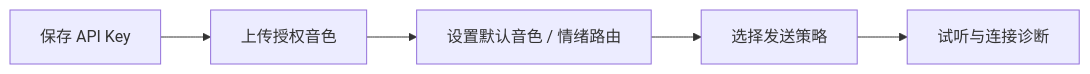
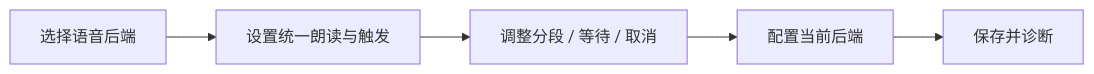
The diagram in README.md (qsbb/astrbot_plugin_voice_hub), drawn with Mermaid before and after one commit. The commit also changed other lines of this file and 11 other files, not shown here.

````diff
--- a/README.md
+++ b/README.md
@@ -84,7 +85,7 @@
 ```mermaid
 flowchart LR
-  A["保存 API Key"] --> B["上传授权音色"]
-  B --> C["设置默认音色 / 情绪路由"]
-  C --> D["选择发送策略"]
-  D --> E["试听与连接诊断"]
+  A["选择语音后端"] --> B["设置统一朗读与触发"]
+  B --> C["调整分段 / 等待 / 取消"]
+  C --> D["配置当前后端"]
+  D --> E["保存并诊断"]
 ```
````
